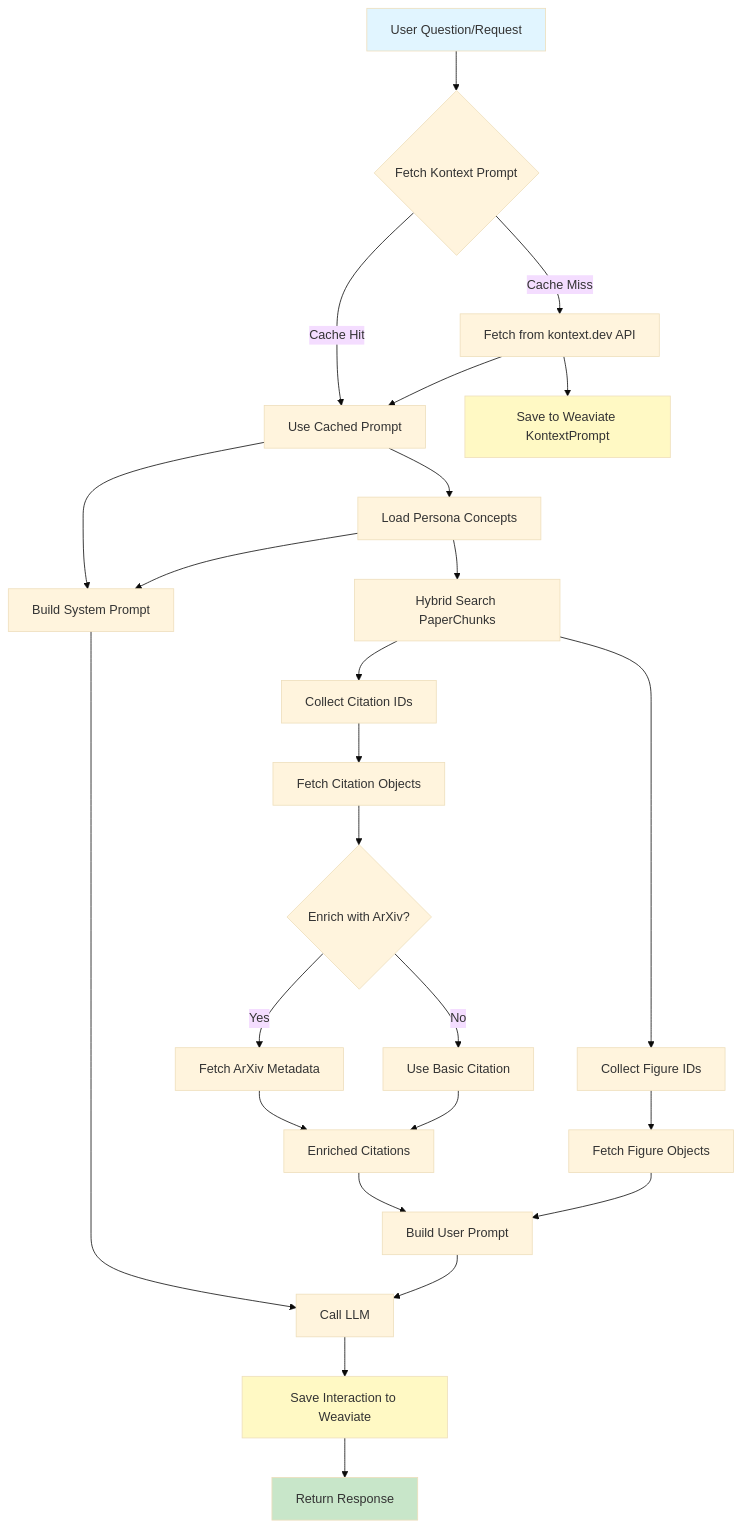
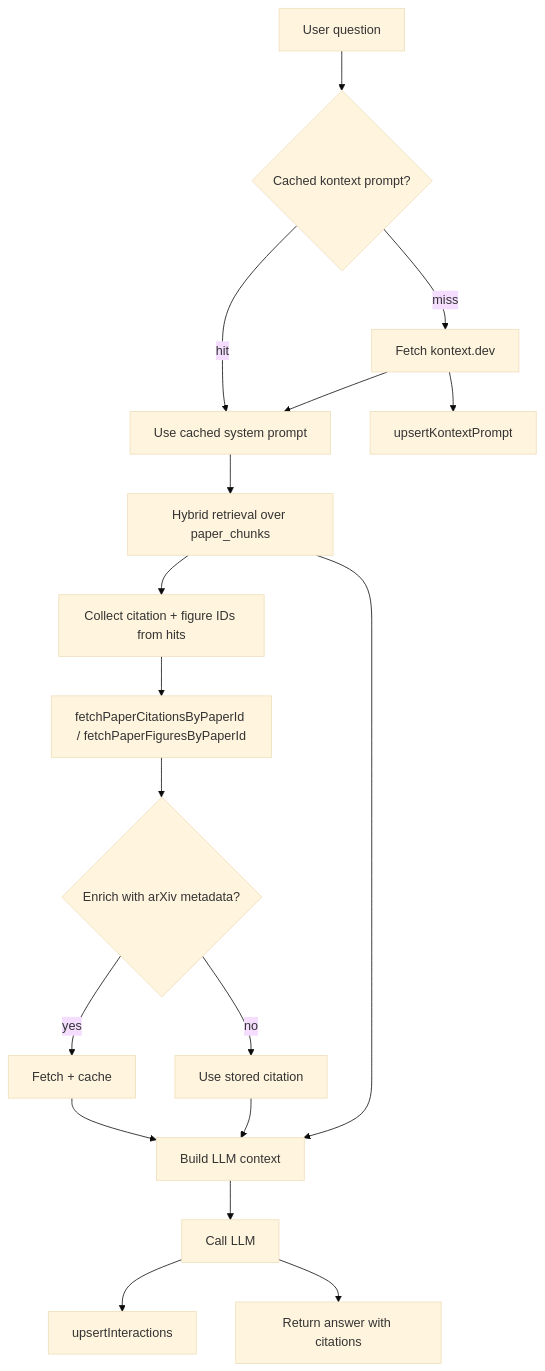
Before and after one commit to berdyh/readable: the third of 4 diagrams in docs/database-structure.md, drawn with Mermaid (base theme). The commit also changed other lines of this file and 7 other files, not shown here.

First line of the commit message:
docs: rewrite for Postgres + Qdrant architecture

````diff
--- a/docs/database-structure.md
+++ b/docs/database-structure.md
@@ -300,36 +236,22 @@
 ```mermaid
 flowchart TD
-    A[User Question/Request] --> B{Fetch Kontext Prompt}
-    B -->|Cache Hit| C[Use Cached Prompt]
-    B -->|Cache Miss| D[Fetch from kontext.dev API]
-    D --> E[Save to Weaviate KontextPrompt]
+    A[User question] --> B{Cached kontext prompt?}
+    B -->|hit| C[Use cached system prompt]
+    B -->|miss| D[Fetch kontext.dev]
+    D --> E[upsertKontextPrompt]
     D --> C
 
-    C --> F[Load Persona Concepts]
-    F --> G[Hybrid Search PaperChunks]
-    G --> H[Collect Citation IDs]
-    H --> I[Fetch Citation Objects]
-    I --> J{Enrich with ArXiv?}
-    J -->|Yes| K[Fetch ArXiv Metadata]
-    J -->|No| L[Use Basic Citation]
-    K --> M[Enriched Citations]
-    L --> M
+    C --> F[Hybrid retrieval over paper_chunks]
+    F --> G[Collect citation + figure IDs from hits]
+    G --> H[fetchPaperCitationsByPaperId / fetchPaperFiguresByPaperId]
+    H --> I{Enrich with arXiv metadata?}
+    I -->|yes| J[Fetch + cache]
+    I -->|no| K[Use stored citation]
+    J --> L[Build LLM context]
+    K --> L
+    F --> L
 
-    G --> N[Collect Figure IDs]
-    N --> O[Fetch Figure Objects]
-
-    C --> P[Build System Prompt]
-    F --> P
-    M --> Q[Build User Prompt]
-    O --> Q
-
-    P --> R[Call LLM]
-    Q --> R
-    R --> S[Save Interaction to Weaviate]
-    S --> T[Return Response]
-
-    style A fill:#e1f5ff
-    style E fill:#fff9c4
-    style S fill:#fff9c4
-    style T fill:#c8e6c9
+    L --> M[Call LLM]
+    M --> N[upsertInteractions]
+    M --> O[Return answer with citations]
 ```
````
